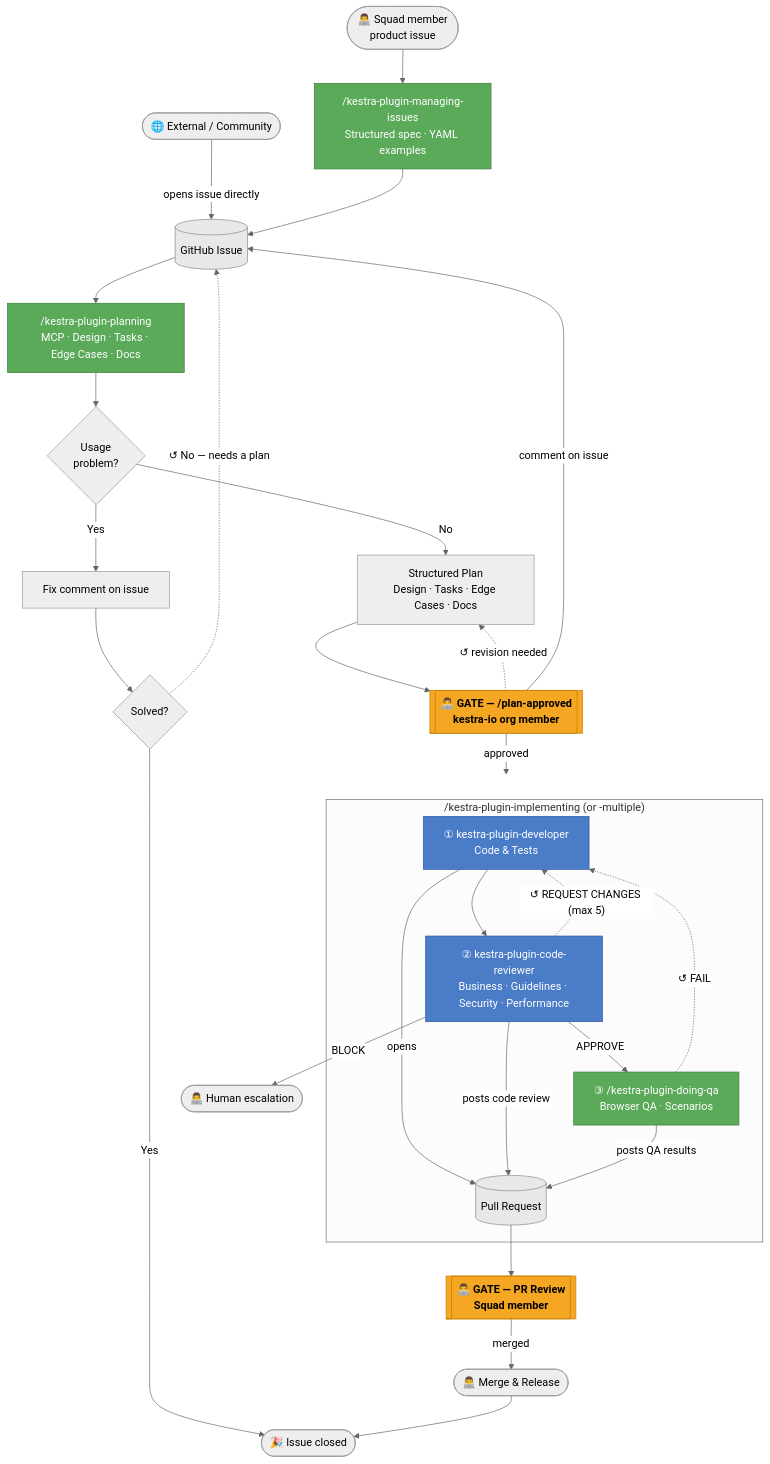
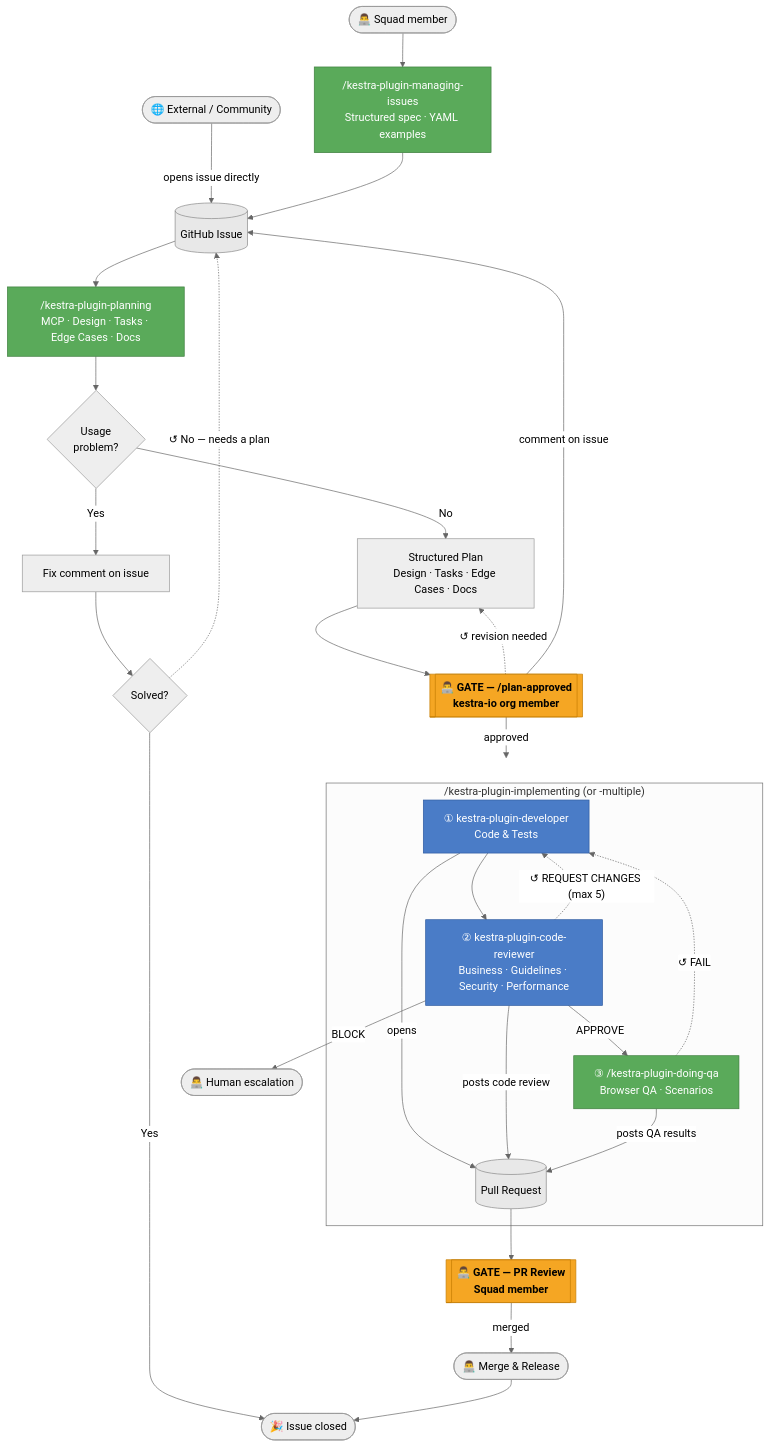
The diagram in src/contents/blogs/context-engineering-plugins-squad/index.md (kestra-io/docs), drawn with Mermaid (neutral theme) before and after one commit.

Commit message:
docs: simplify entry node back to Squad member

````diff
--- a/src/contents/blogs/context-engineering-plugins-squad/index.md
+++ b/src/contents/blogs/context-engineering-plugins-squad/index.md
@@ -90,46 +90,46 @@
 ```mermaid
 flowchart TD
     EXT(["🌐 External / Community"]) -->|"opens issue directly"| GH
-    A(["👨‍💻 Squad member\nproduct issue"]) --> B
+    A(["👨‍💻 Squad member"]) --> B
     B["/kestra-plugin-managing-issues\nStructured spec · YAML examples"] --> GH
     GH[(GitHub Issue)] --> C
     C["/kestra-plugin-planning\nMCP · Design · Tasks · Edge Cases · Docs"] --> D{Usage\nproblem?}
     D -->|Yes| E[Fix comment on issue]
     E --> S{Solved?}
     S -->|Yes| DONE(["🎉 Issue closed"])
     S -.->|"↺ No — needs a plan"| GH
     D -->|No| F["Structured Plan\nDesign · Tasks · Edge Cases · Docs"]
     F --> G[["👨‍💻 GATE — /plan-approved\nkestra-io org member"]]
     G -.->|"↺ revision needed"| F
     G -->|"comment on issue"| GH
     G -->|approved| IMPL
 
     subgraph IMPL["/kestra-plugin-implementing (or -multiple)"]
         I["① kestra-plugin-developer\nCode & Tests"]
         J["② kestra-plugin-code-reviewer\nBusiness · Guidelines · Security · Performance"]
         L["③ /kestra-plugin-doing-qa\nBrowser QA · Scenarios"]
         PR[(Pull Request)]
         I -->|"opens"| PR
         I --> J
         J -.->|"↺ REQUEST CHANGES (max 5)"| I
         J -->|APPROVE| L
         J -->|"posts code review"| PR
         L -.->|"↺ FAIL"| I
         L -->|"posts QA results"| PR
     end
 
     J -->|BLOCK| K(["👨‍💻 Human escalation"])
     PR --> M[["👨‍💻 GATE — PR Review\nSquad member"]]
     M -->|merged| N(["👨‍💻 Merge & Release"])
     N --> DONE
 
     classDef humanGate fill:#f5a623,stroke:#c47d00,color:#000,font-weight:bold
     classDef agentStep fill:#4a7cc7,stroke:#2c5aa0,color:#fff
     classDef skillStep fill:#5aaa5a,stroke:#3d7d3d,color:#fff
     classDef artifact fill:#e8e8e8,stroke:#888,color:#000
 
     class G,M humanGate
     class I,J agentStep
     class B,C,L skillStep
     class GH,PR artifact
 ```
````
